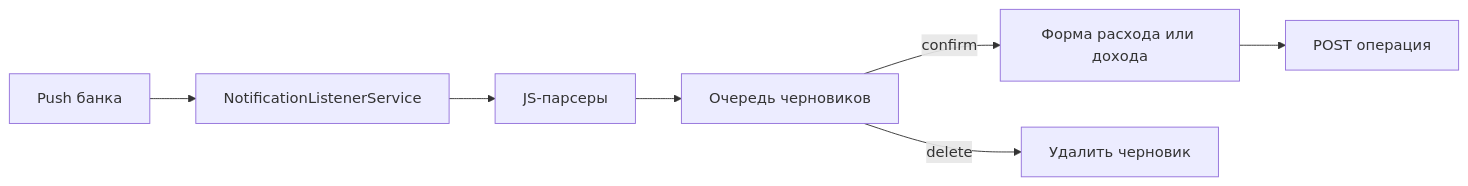
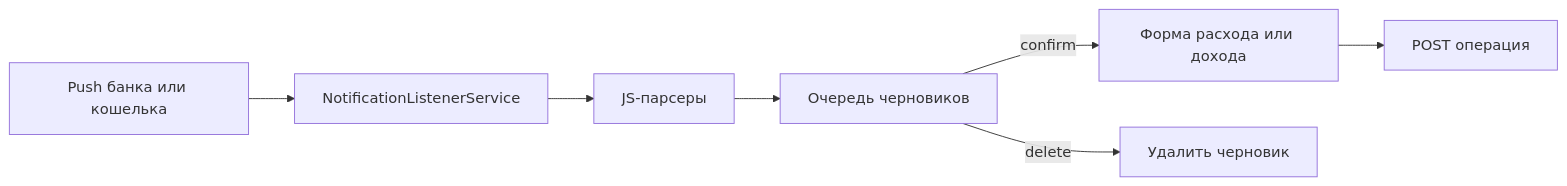
Before and after one commit to kai-zer-ru/buhgalter: the first of 3 diagrams in roadmap/notification-intercept.md, drawn with Mermaid. The commit also changed other lines of this file and 18 other files, not shown here.

````diff
--- a/roadmap/notification-intercept.md
+++ b/roadmap/notification-intercept.md
@@ -40,9 +40,9 @@
 ```mermaid
 flowchart LR
-  Push[Push банка] --> Listener[NotificationListenerService]
+  Push[Push банка или кошелька] --> Listener[NotificationListenerService]
   Listener --> Parse[JS-парсеры]
   Parse --> Drafts[Очередь черновиков]
   Drafts -->|confirm| Form[Форма расхода или дохода]
   Drafts -->|delete| Drop[Удалить черновик]
   Form --> API[POST операция]
 ```
````
